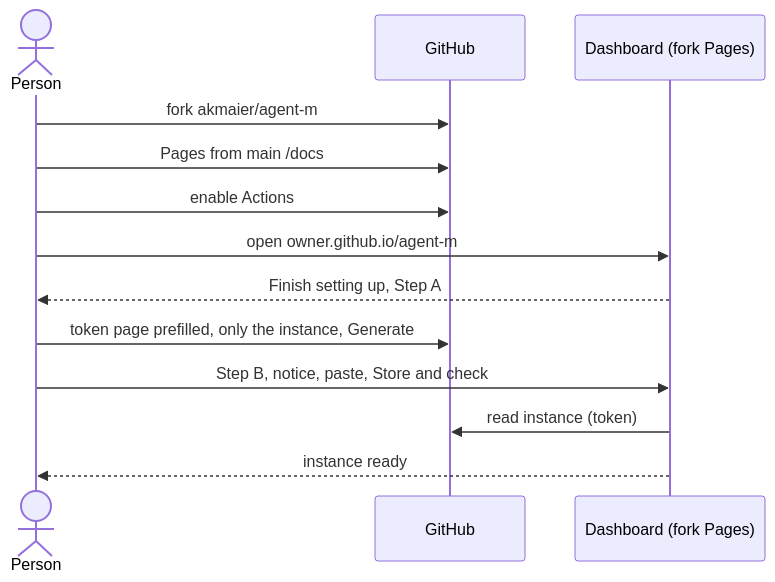
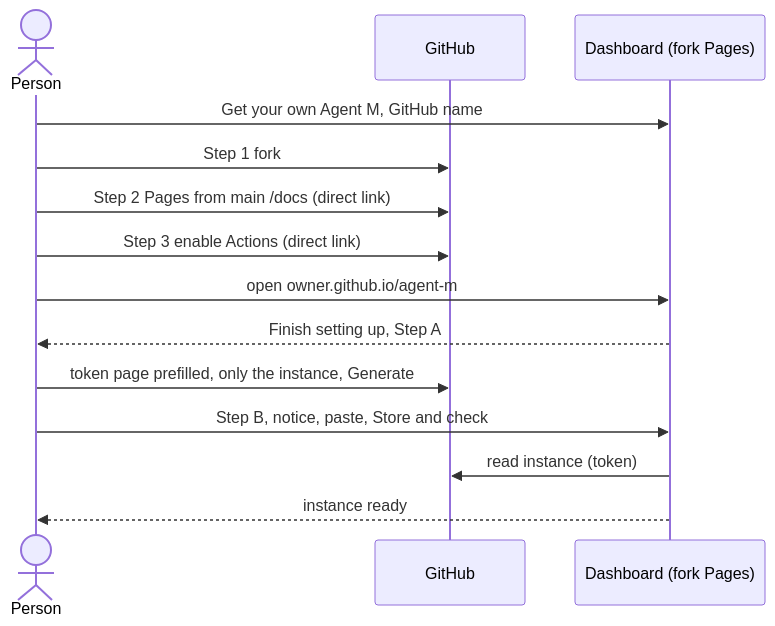
The diagram in docs/use-cases/UC-014-set-up-an-agent-m-instance.md (akmaier/agent-m), drawn with Mermaid before and after one commit. The commit also changed other lines of this file and 57 other files, not shown here.

````diff
--- a/docs/use-cases/UC-014-set-up-an-agent-m-instance.md
+++ b/docs/use-cases/UC-014-set-up-an-agent-m-instance.md
@@ -58,15 +70,16 @@
 ```mermaid
 sequenceDiagram
     actor U as Person
     participant G as GitHub
     participant D as Dashboard (fork Pages)
-    U->>G: fork akmaier/agent-m
-    U->>G: Pages from main /docs
-    U->>G: enable Actions
+    U->>D: Get your own Agent M, GitHub name
+    U->>G: Step 1 fork
+    U->>G: Step 2 Pages from main /docs (direct link)
+    U->>G: Step 3 enable Actions (direct link)
     U->>D: open owner.github.io/agent-m
     D-->>U: Finish setting up, Step A
     U->>G: token page prefilled, only the instance, Generate
     U->>D: Step B, notice, paste, Store and check
     D->>G: read instance (token)
     D-->>U: instance ready
 ```
````
